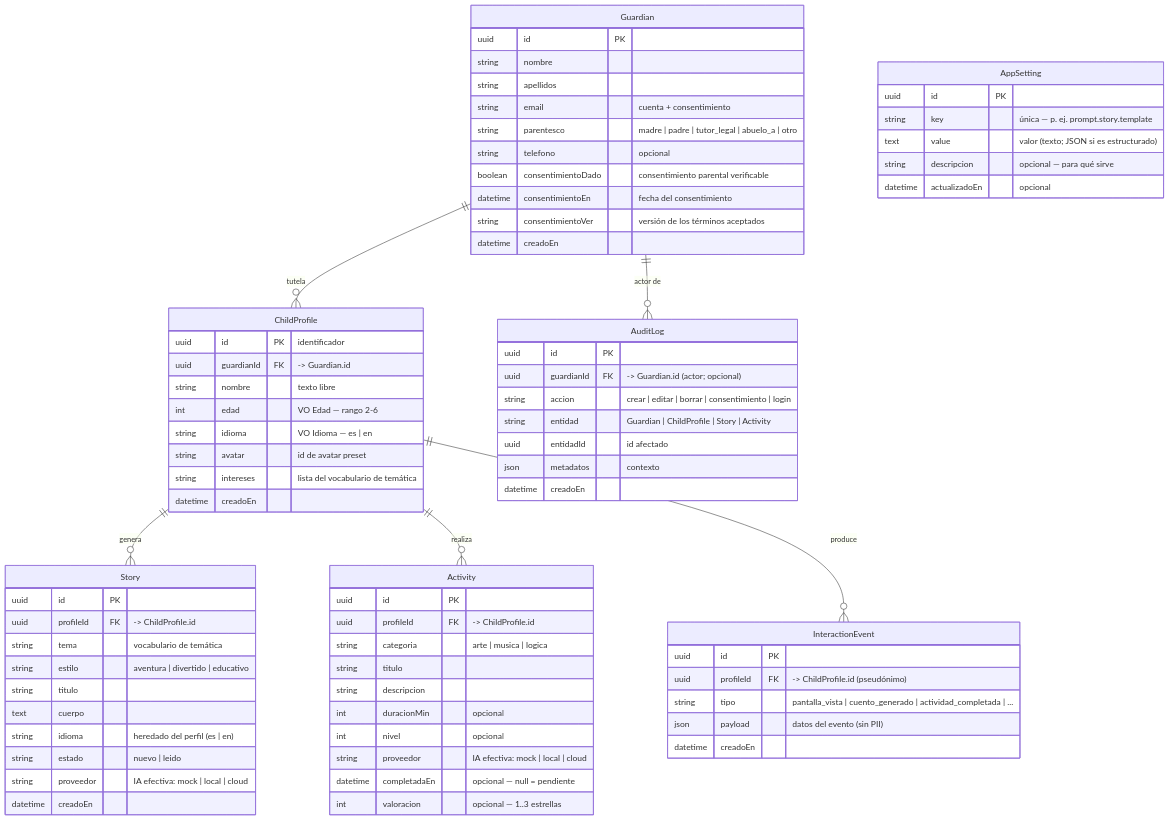
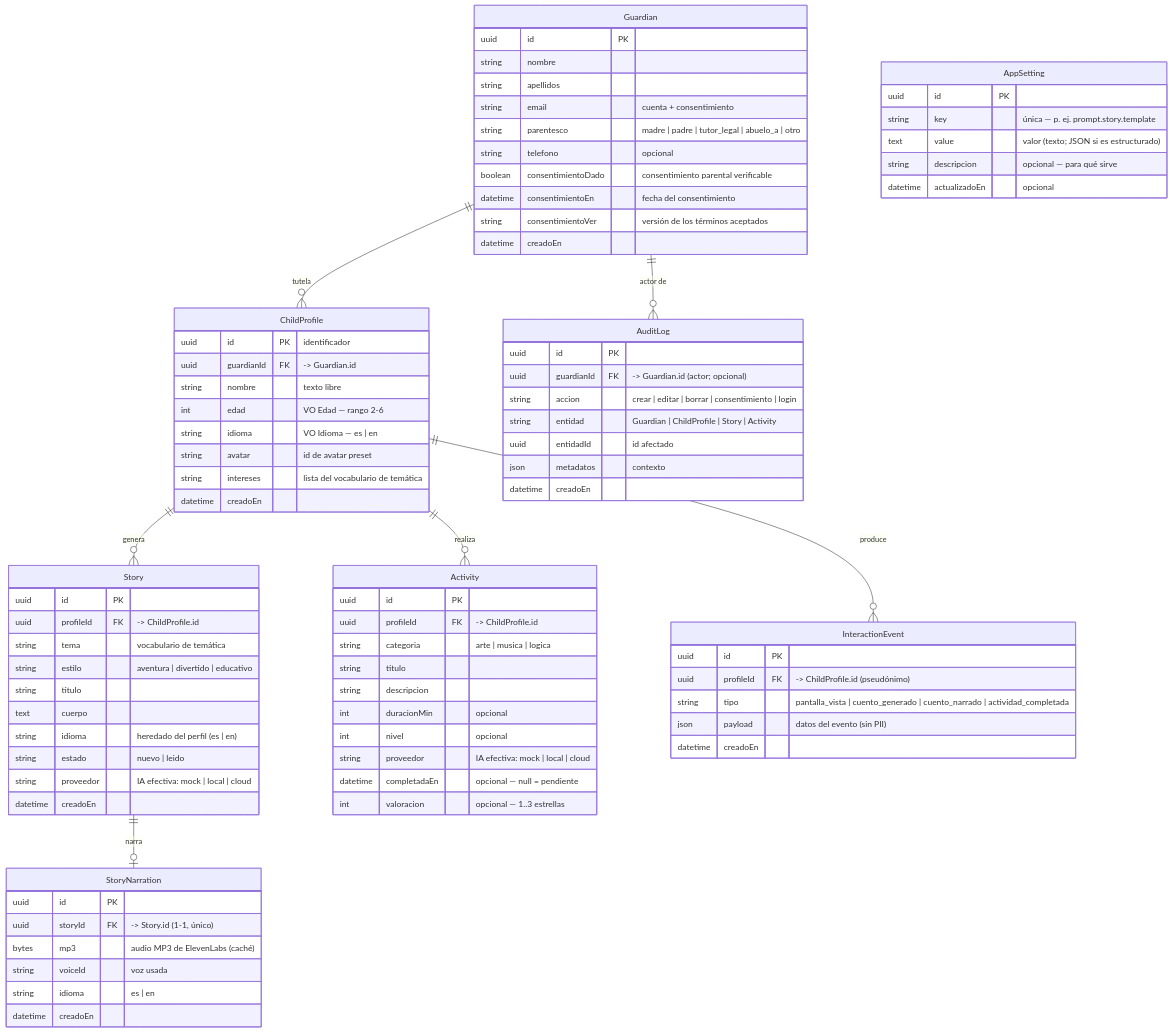
Before and after one commit to Mithor86-2/magyblobapp: the diagram in Docs/modelo-datos.md, drawn with Mermaid. The commit also changed other lines of this file and 6 other files, not shown here.

```diff
--- a/Docs/modelo-datos.md
+++ b/Docs/modelo-datos.md
@@ -15,6 +15,7 @@
 erDiagram
     Guardian     ||--o{ ChildProfile : "tutela"
     ChildProfile ||--o{ Story : "genera"
+    Story        ||--o| StoryNarration : "narra"
     ChildProfile ||--o{ Activity : "realiza"
     ChildProfile ||--o{ InteractionEvent : "produce"
     Guardian     ||--o{ AuditLog : "actor de"
@@ -56,6 +57,15 @@
         datetime creadoEn
     }
 
+    StoryNarration {
+        uuid     id       PK
+        uuid     storyId  FK "-> Story.id (1-1, único)"
+        bytes    mp3      "audio MP3 de ElevenLabs (caché)"
+        string   voiceId  "voz usada"
+        string   idioma   "es | en"
+        datetime creadoEn
+    }
+
     Activity {
         uuid     id          PK
         uuid     profileId   FK "-> ChildProfile.id"
@@ -72,7 +82,7 @@
     InteractionEvent {
         uuid     id        PK
         uuid     profileId FK "-> ChildProfile.id (pseudónimo)"
-        string   tipo      "pantalla_vista | cuento_generado | actividad_completada | ..."
+        string   tipo      "pantalla_vista | cuento_generado | cuento_narrado | actividad_completada"
         json     payload   "datos del evento (sin PII)"
         datetime creadoEn
     }
```
